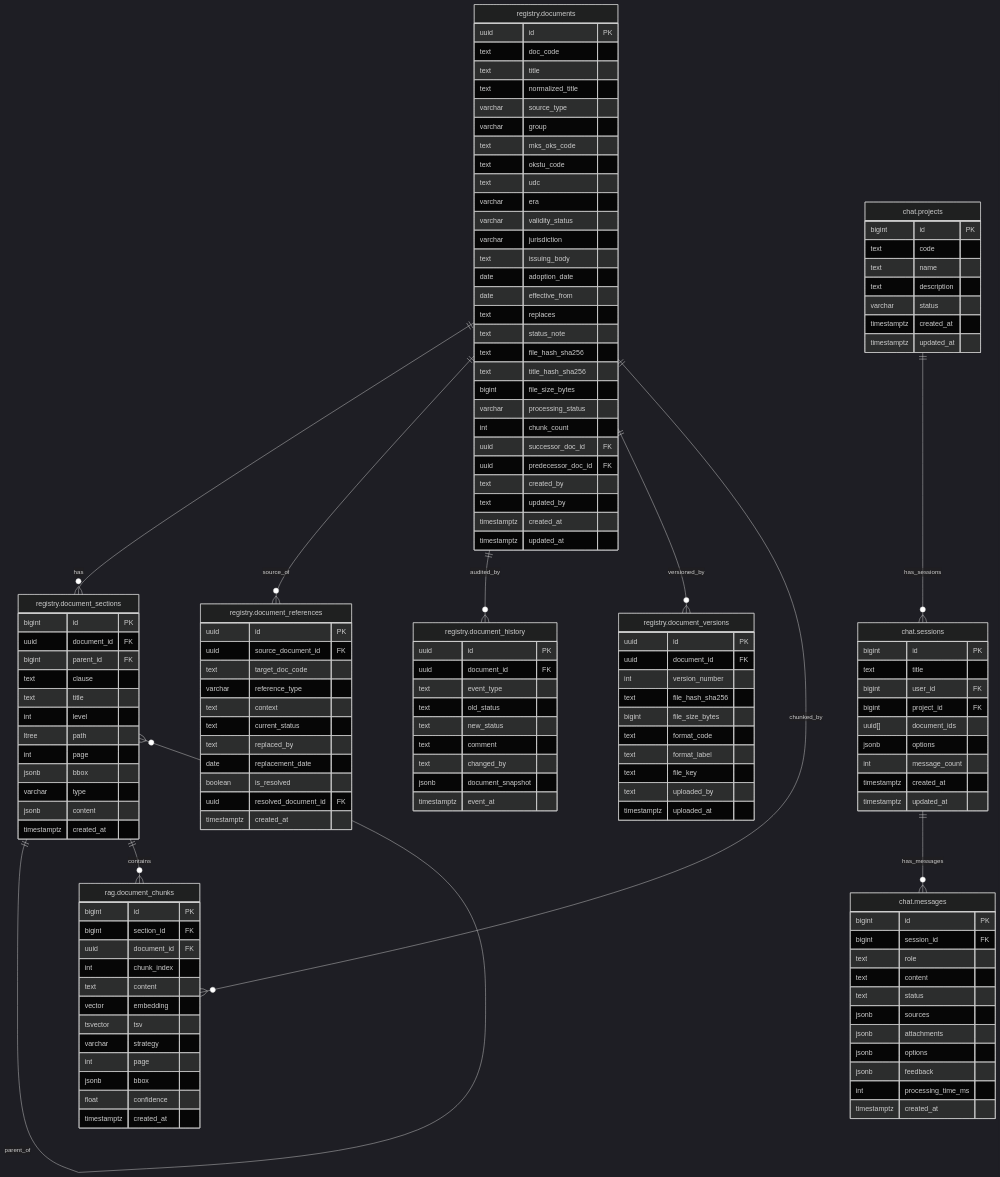
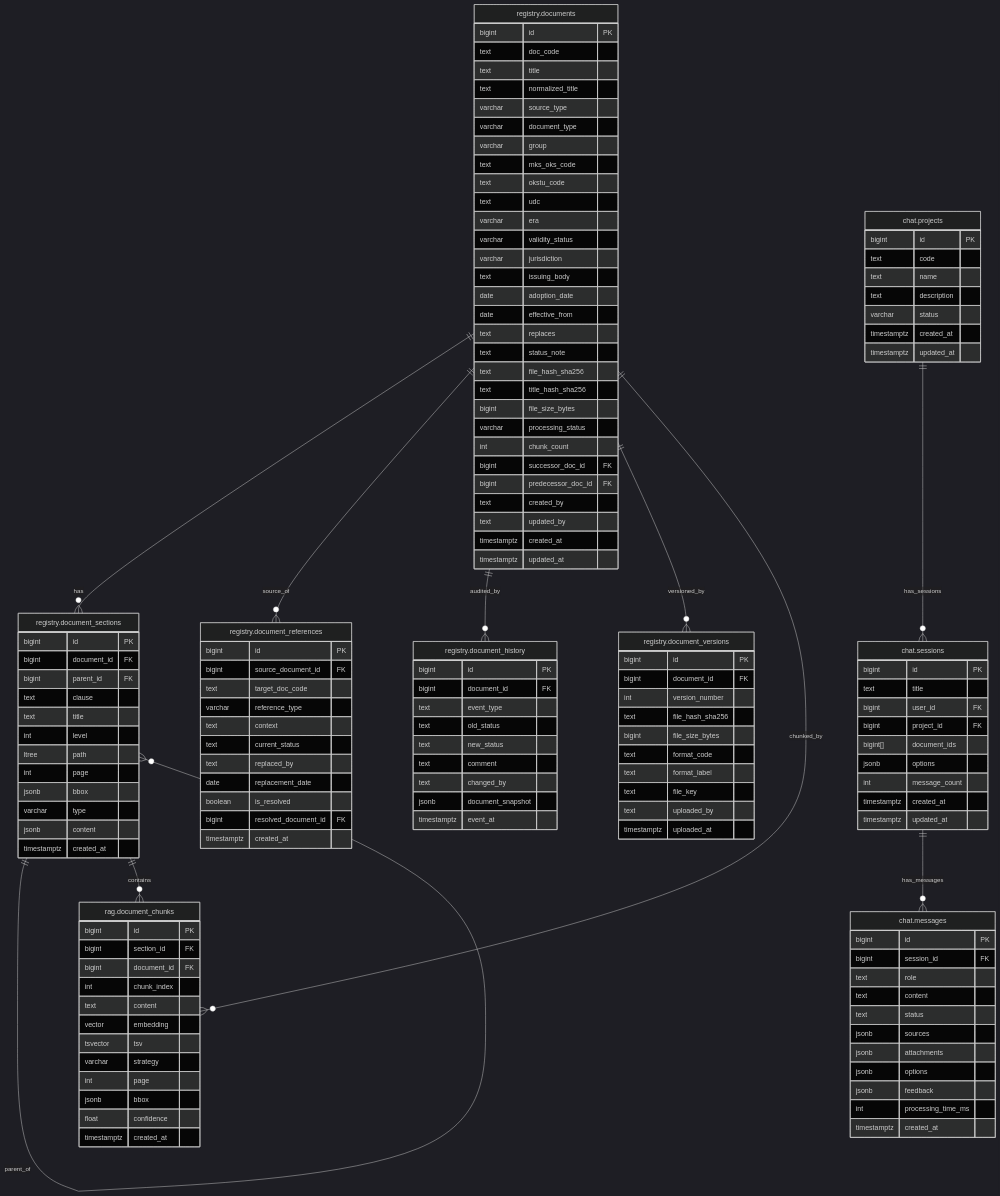
Before and after one commit to MasterKSAF/PKB: the diagram in docs/database/db_diagrams.md, drawn with Mermaid (dark theme). The commit also changed other lines of this file and 19 other files, not shown here.

````diff
--- a/docs/database/db_diagrams.md
+++ b/docs/database/db_diagrams.md
@@ -9,11 +9,12 @@
 ```mermaid
 erDiagram
     registry.documents {
-        uuid id PK
+        bigint id PK
         text doc_code
         text title
         text normalized_title
         varchar source_type
+        varchar document_type
         varchar group
         text mks_oks_code
         text okstu_code
@@ -31,8 +32,8 @@
         bigint file_size_bytes
         varchar processing_status
         int chunk_count
-        uuid successor_doc_id FK
-        uuid predecessor_doc_id FK
+        bigint successor_doc_id FK
+        bigint predecessor_doc_id FK
         text created_by
         text updated_by
         timestamptz created_at
@@ -41,7 +42,7 @@
 
     registry.document_sections {
         bigint id PK
-        uuid document_id FK
+        bigint document_id FK
         bigint parent_id FK
         text clause
         text title
@@ -55,8 +56,8 @@
     }
 
     registry.document_references {
-        uuid id PK
-        uuid source_document_id FK
+        bigint id PK
+        bigint source_document_id FK
         text target_doc_code
         varchar reference_type
         text context
@@ -64,13 +65,13 @@
         text replaced_by
         date replacement_date
         boolean is_resolved
-        uuid resolved_document_id FK
+        bigint resolved_document_id FK
         timestamptz created_at
     }
 
     registry.document_versions {
-        uuid id PK
-        uuid document_id FK
+        bigint id PK
+        bigint document_id FK
         int version_number
         text file_hash_sha256
         bigint file_size_bytes
@@ -82,8 +83,8 @@
     }
 
     registry.document_history {
-        uuid id PK
-        uuid document_id FK
+        bigint id PK
+        bigint document_id FK
         text event_type
         text old_status
         text new_status
@@ -96,7 +97,7 @@
     rag.document_chunks {
         bigint id PK
         bigint section_id FK
-        uuid document_id FK
+        bigint document_id FK
         int chunk_index
         text content
         vector embedding
@@ -123,7 +124,7 @@
         text title
         bigint user_id FK
         bigint project_id FK
-        uuid[] document_ids
+        bigint[] document_ids
         jsonb options
         int message_count
         timestamptz created_at
````
